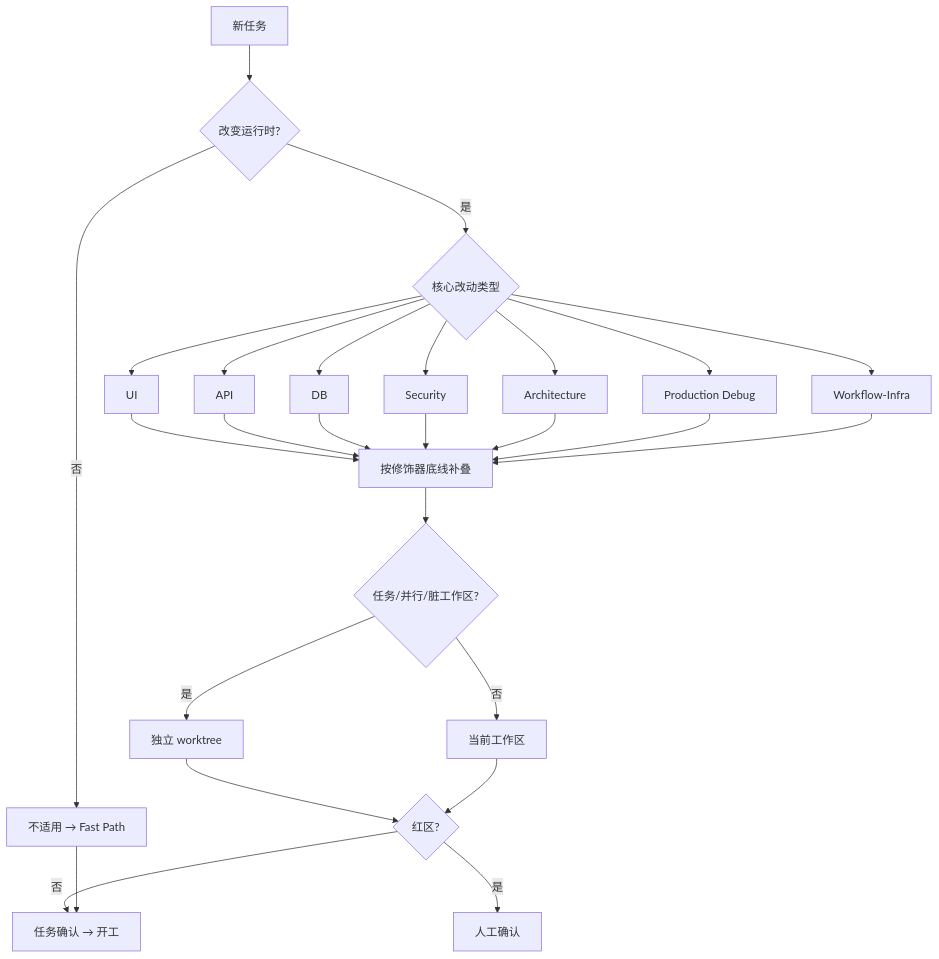
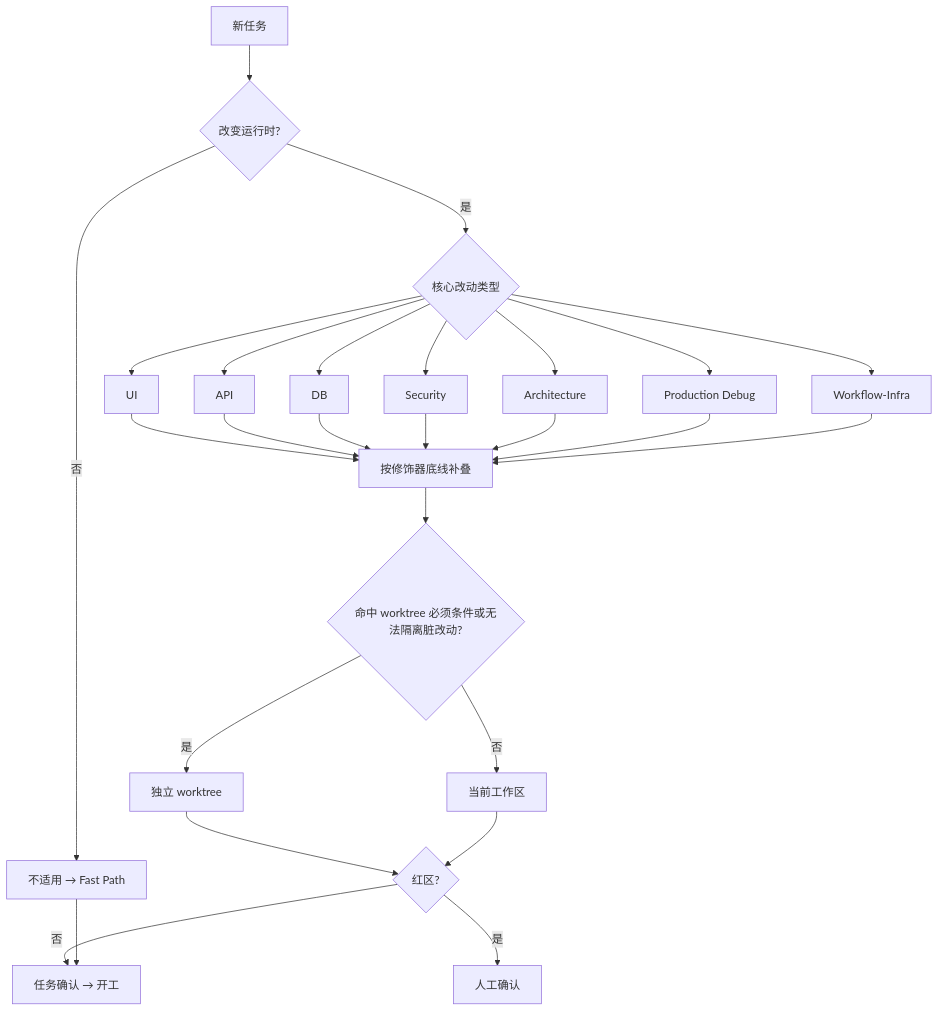
One commit to shiyuan17/SYBaseProjectWeb changed the diagram in docs/rules/DYNAMIC_WORKFLOW_RULES.md. Above: the diagram before and after it, drawn with Mermaid. The commit also changed other lines of this file and 10 other files, not shown here.

````diff
--- a/docs/rules/DYNAMIC_WORKFLOW_RULES.md
+++ b/docs/rules/DYNAMIC_WORKFLOW_RULES.md
@@ -43,15 +43,15 @@
 ```mermaid
 flowchart TD
     START[新任务] --> Q1{改变运行时?}
     Q1 -->|否| FAST[不适用 → Fast Path]
     Q1 -->|是| Q2{核心改动类型}
     Q2 --> UI[UI] & API[API] & DB[DB] & SEC[Security] & ARCH[Architecture] & PROD[Production Debug] & INFRA[Workflow-Infra]
     UI & API & DB & SEC & ARCH & PROD & INFRA --> MOD[按修饰器底线补叠]
-    MOD --> Q3{任务/并行/脏工作区?}
+    MOD --> Q3{命中 worktree 必须条件或无法隔离脏改动?}
     Q3 -->|是| WT[独立 worktree]
     Q3 -->|否| MAIN[当前工作区]
     WT & MAIN --> Q4{红区?}
     Q4 -->|是| HUMAN[人工确认]
     Q4 -->|否| GO[任务确认 → 开工]
     FAST --> GO
 ```
````
